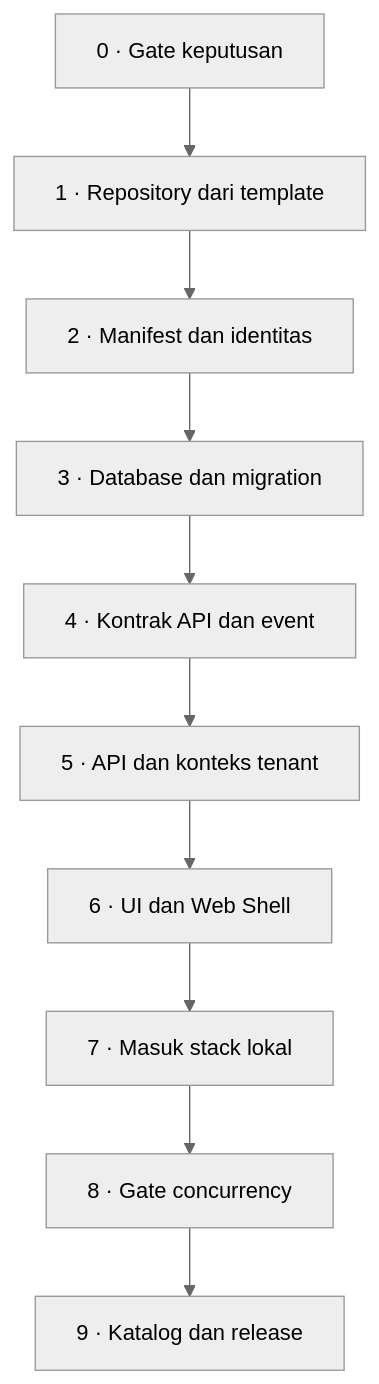
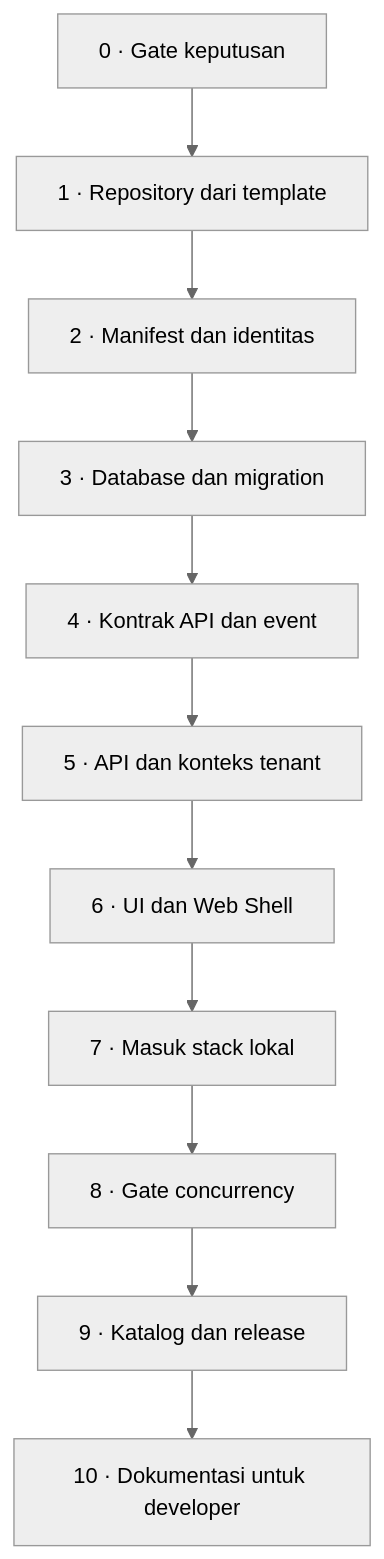
Before and after one commit to MettaDevs/coreERP: the diagram in docs/apps/membangun-app-baru.md, drawn with Mermaid (neutral theme). The commit also changed other lines of this file and 13 other files, not shown here.

````diff
--- a/docs/apps/membangun-app-baru.md
+++ b/docs/apps/membangun-app-baru.md
@@ -7,12 +7,13 @@
 ```mermaid
 flowchart TD
     G0[0 · Gate keputusan] --> S1[1 · Repository dari template]
     S1 --> S2[2 · Manifest dan identitas]
     S2 --> S3[3 · Database dan migration]
     S3 --> S4[4 · Kontrak API dan event]
     S4 --> S5[5 · API dan konteks tenant]
     S5 --> S6[6 · UI dan Web Shell]
     S6 --> S7[7 · Masuk stack lokal]
     S7 --> S8[8 · Gate concurrency]
     S8 --> S9[9 · Katalog dan release]
+    S9 --> S10[10 · Dokumentasi untuk developer]
 ```
````
